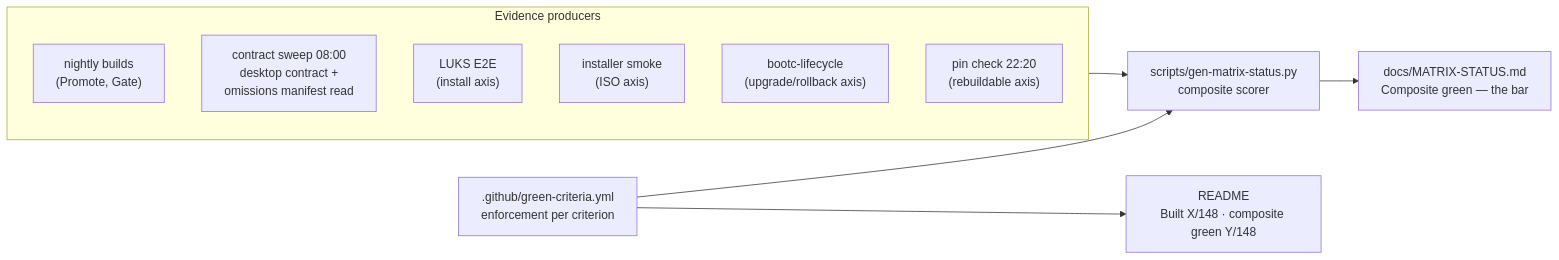
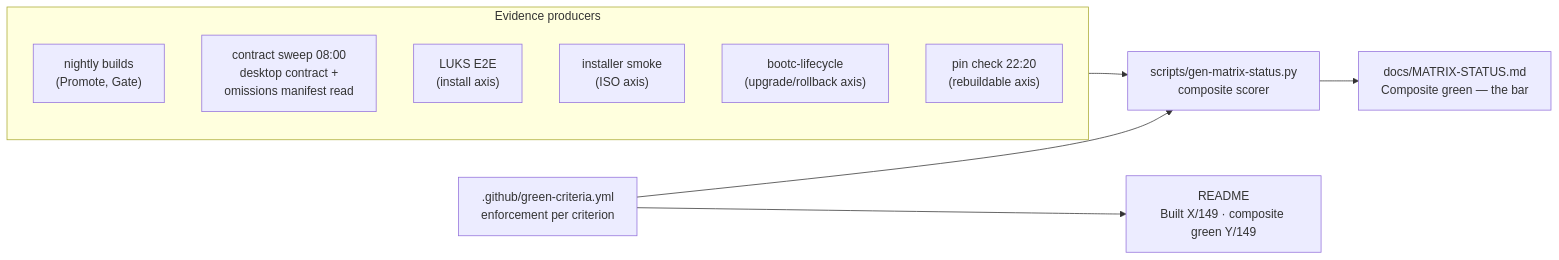
The fifth of 5 diagrams in docs/DEVELOPER-GUIDE.md (tuna-os/tunaOS), drawn with Mermaid before and after one commit. The commit also changed other lines of this file and 5 other files, not shown here.

````diff
--- a/docs/DEVELOPER-GUIDE.md
+++ b/docs/DEVELOPER-GUIDE.md
@@ -258,20 +258,20 @@
 ```mermaid
 flowchart LR
     subgraph evidence["Evidence producers"]
         BLD["nightly builds<br/>(Promote, Gate)"]
         SWEEP["contract sweep 08:00<br/>desktop contract +<br/>omissions manifest read"]
         LUKS["LUKS E2E<br/>(install axis)"]
         ISO["installer smoke<br/>(ISO axis)"]
         LC["bootc-lifecycle<br/>(upgrade/rollback axis)"]
         PIN["pin check 22:20<br/>(rebuildable axis)"]
     end
     CRIT[".github/green-criteria.yml<br/>enforcement per criterion"]
     GEN["scripts/gen-matrix-status.py<br/>composite scorer"]
     MS["docs/MATRIX-STATUS.md<br/>Composite green — the bar"]
-    RM["README<br/>Built X/148 · composite green Y/148"]
+    RM["README<br/>Built X/149 · composite green Y/149"]
 
     evidence --> GEN
     CRIT --> GEN
     GEN --> MS
     CRIT --> RM
 ```
````
